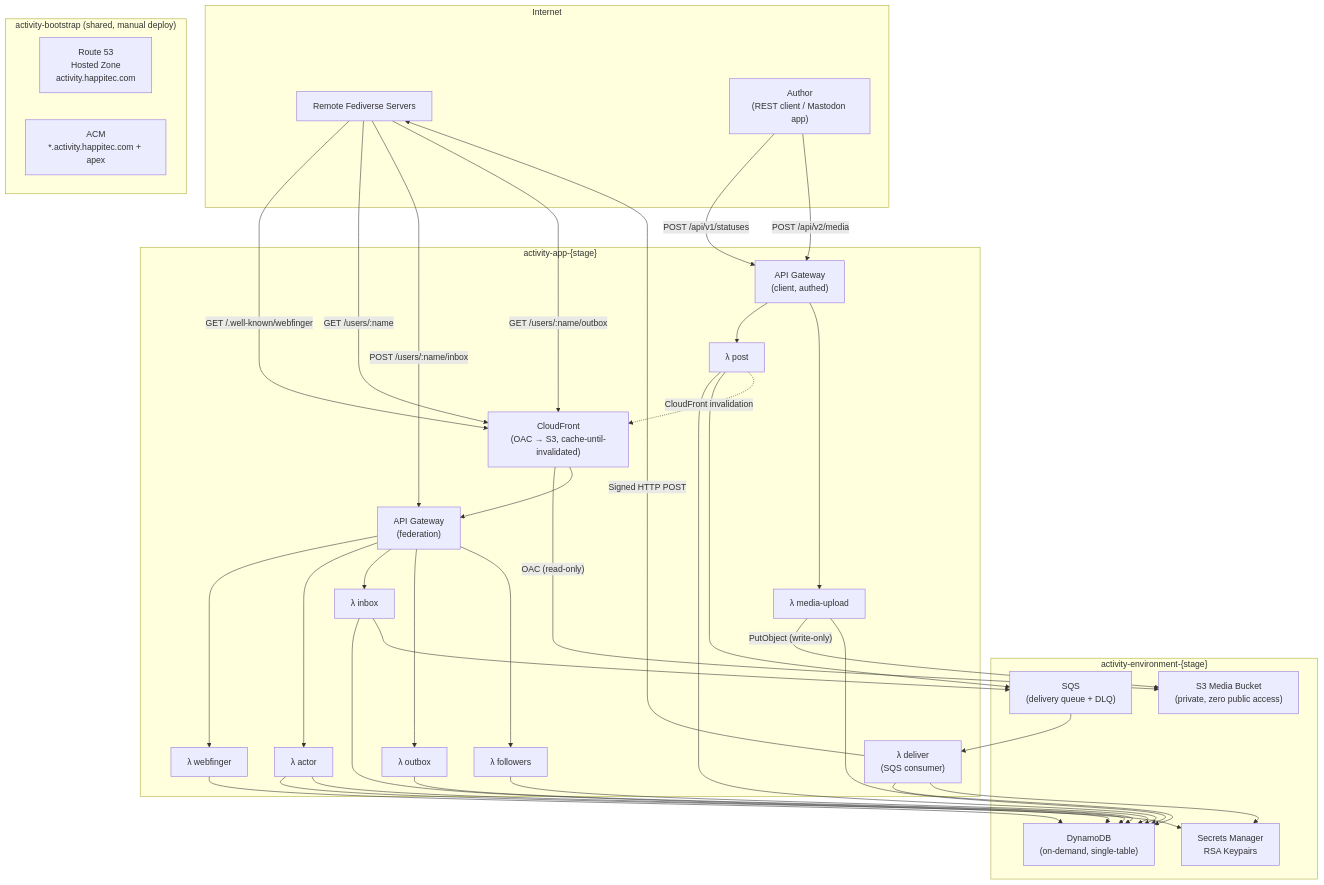
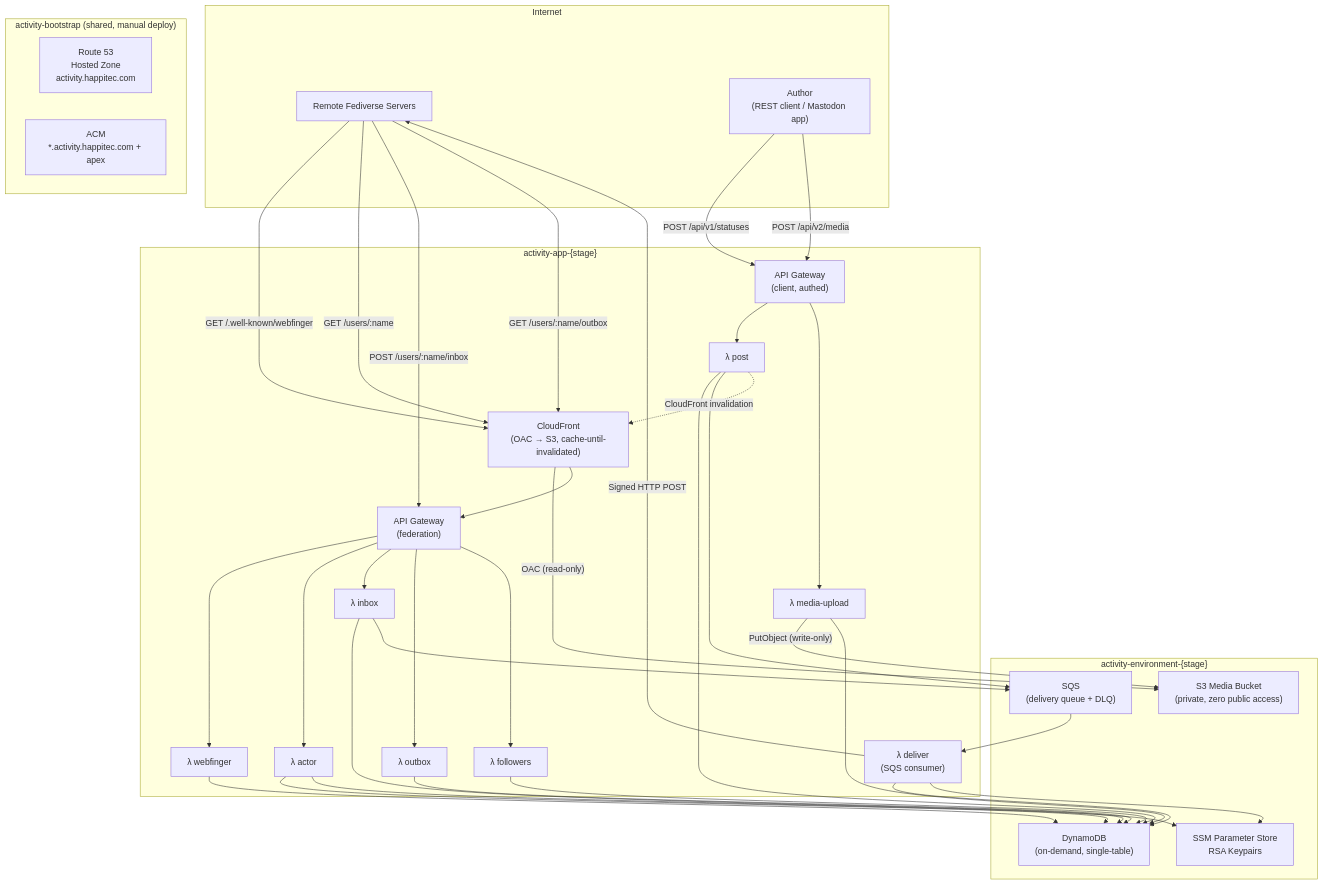
One commit to happitec-inc/FederatedActivityPublisher changed the first of 4 diagrams in docs/PROJECT-PLAN.md. Above: the diagram before and after it, drawn with Mermaid. The commit also changed other lines of this file, not shown here.

First line of the commit message:
Switch from Secrets Manager to SSM Parameter Store

````diff
--- a/docs/PROJECT-PLAN.md
+++ b/docs/PROJECT-PLAN.md
@@ -31,70 +31,70 @@
 ```mermaid
 flowchart TB
     subgraph "Internet"
         FED["Remote Fediverse Servers"]
         AUTHOR["Author<br/>(REST client / Mastodon app)"]
     end
 
     subgraph "activity-bootstrap (shared, manual deploy)"
         R53["Route 53<br/>Hosted Zone<br/>activity.happitec.com"]
         ACM["ACM<br/>*.activity.happitec.com + apex"]
     end
 
     subgraph "activity-environment-{stage}"
         S3["S3 Media Bucket<br/>(private, zero public access)"]
         DDB["DynamoDB<br/>(on-demand, single-table)"]
         SQS["SQS<br/>(delivery queue + DLQ)"]
-        SM["Secrets Manager<br/>RSA Keypairs"]
+        SM["SSM Parameter Store<br/>RSA Keypairs"]
     end
 
     subgraph "activity-app-{stage}"
         CF["CloudFront<br/>(OAC → S3, cache-until-invalidated)"]
         APIGW_S["API Gateway<br/>(federation)"]
         WF["λ webfinger"]
         ACTOR["λ actor"]
         INBOX["λ inbox"]
         OUTBOX["λ outbox"]
         FOLLOWERS["λ followers"]
         DELIVER["λ deliver<br/>(SQS consumer)"]
         APIGW_C["API Gateway<br/>(client, authed)"]
         POST["λ post"]
         MEDIA["λ media-upload"]
     end
 
     FED -->|"GET /.well-known/webfinger"| CF
     FED -->|"GET /users/:name"| CF
     FED -->|"POST /users/:name/inbox"| APIGW_S
     FED -->|"GET /users/:name/outbox"| CF
 
     AUTHOR -->|"POST /api/v1/statuses"| APIGW_C
     AUTHOR -->|"POST /api/v2/media"| APIGW_C
 
     CF -->|"OAC (read-only)"| S3
     CF --> APIGW_S
     APIGW_S --> WF
     APIGW_S --> ACTOR
     APIGW_S --> INBOX
     APIGW_S --> OUTBOX
     APIGW_S --> FOLLOWERS
 
     WF --> DDB
     ACTOR --> DDB
     ACTOR --> SM
     INBOX --> DDB
     INBOX --> SQS
     OUTBOX --> DDB
     FOLLOWERS --> DDB
 
     SQS --> DELIVER
     DELIVER --> DDB
     DELIVER --> SM
     DELIVER -->|"Signed HTTP POST"| FED
 
     APIGW_C --> POST
     APIGW_C --> MEDIA
     POST --> DDB
     POST --> SQS
     POST -.->|"CloudFront invalidation"| CF
     MEDIA -->|"PutObject (write-only)"| S3
     MEDIA --> DDB
 ```
````
